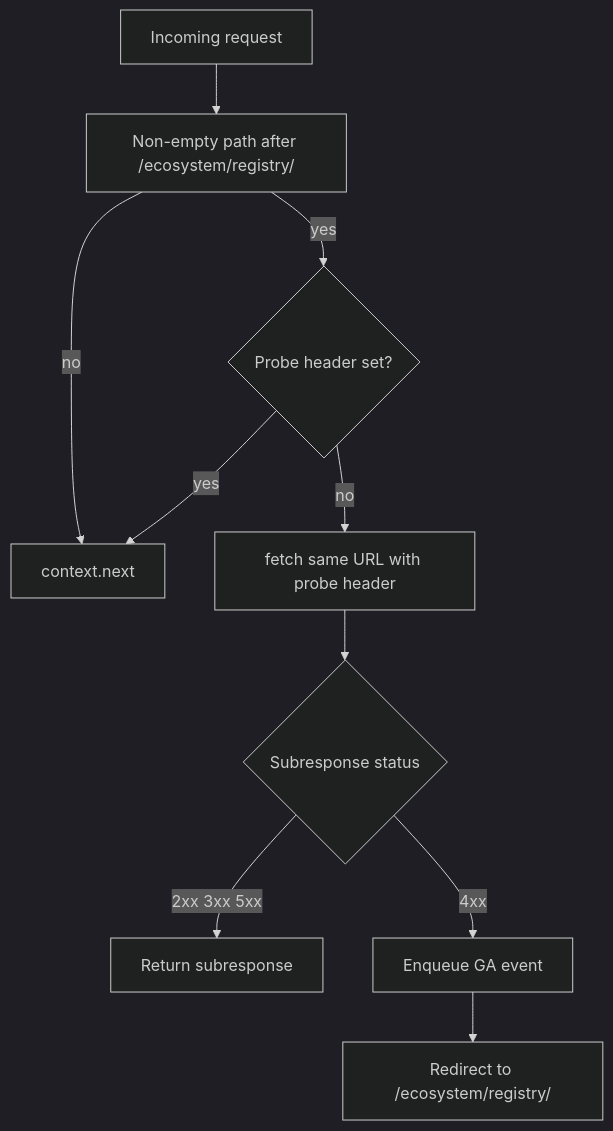
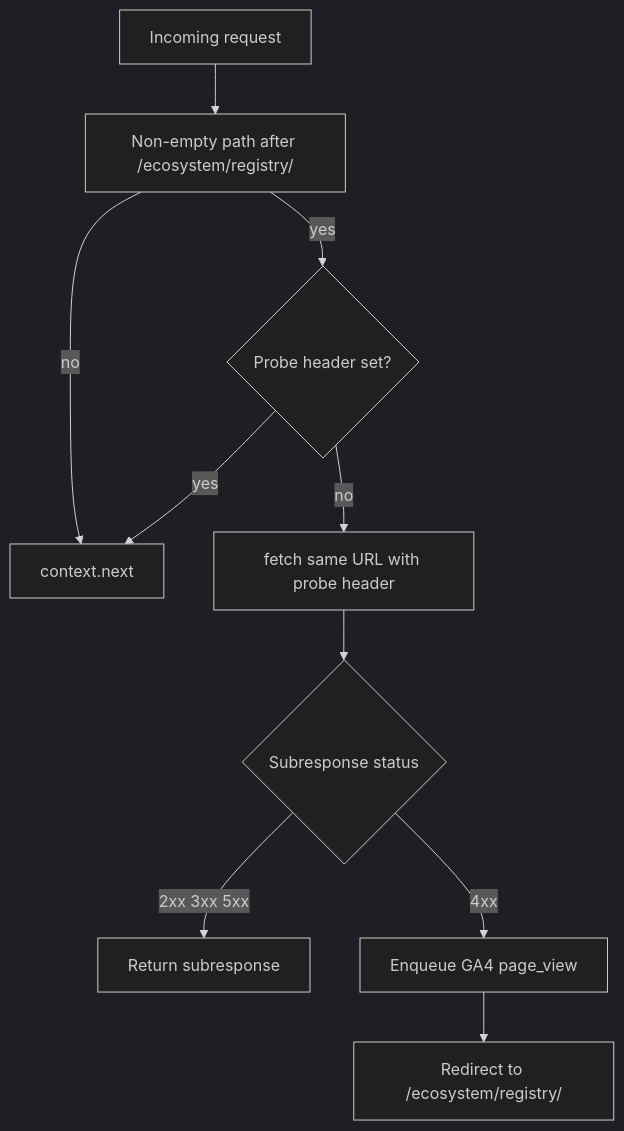
One commit to open-telemetry/opentelemetry.io changed the diagram in projects/2026/registry-component-edge-redirect.plan.md. Above: the diagram before and after it, drawn with Mermaid (dark theme). The commit also changed other lines of this file and 6 other files, not shown here.

Commit message:
Send GA4 page_view for registry 4xx redirects

````diff
--- a/projects/2026/registry-component-edge-redirect.plan.md
+++ b/projects/2026/registry-component-edge-redirect.plan.md
@@ -180,22 +196,22 @@
 ```mermaid
 flowchart TD
   req[Incoming request]
   gate["Non-empty path after /ecosystem/registry/"]
   bypass[context.next]
   probeHeader{Probe header set?}
   probe[fetch same URL with probe header]
   status{Subresponse status}
   pass[Return subresponse]
-  ga[Enqueue GA event]
+  ga[Enqueue GA4 page_view]
   redir[Redirect to /ecosystem/registry/]
 
   req --> gate
   gate -->|no| bypass
   gate -->|yes| probeHeader
   probeHeader -->|yes| bypass
   probeHeader -->|no| probe
   probe --> status
   status -->|"2xx 3xx 5xx"| pass
   status -->|"4xx"| ga
   ga --> redir
 ```
````
